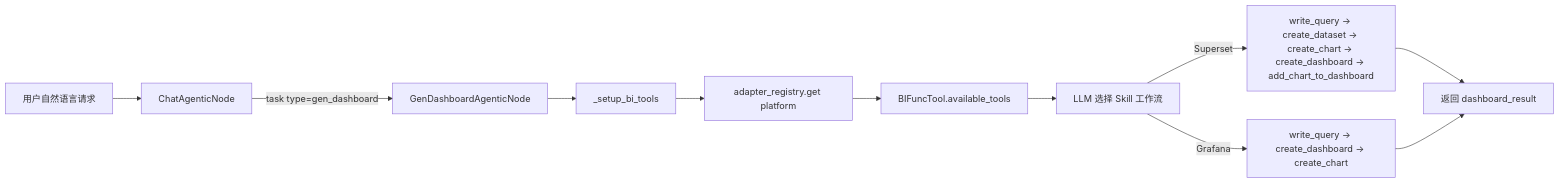
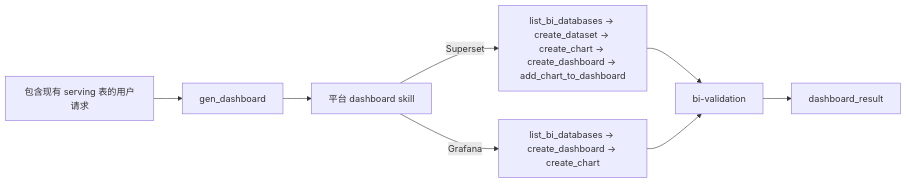
Before and after one commit to Datus-ai/Datus-agent: the diagram in docs/subagent/gen_dashboard.zh.md, drawn with Mermaid. The commit also changed other lines of this file and 68 other files, not shown here.

````diff
--- a/docs/subagent/gen_dashboard.zh.md
+++ b/docs/subagent/gen_dashboard.zh.md
@@ -36,13 +42,10 @@
 ```mermaid
 graph LR
-    A[用户自然语言请求] --> B[ChatAgenticNode]
-    B -->|task type=gen_dashboard| C[GenDashboardAgenticNode]
-    C --> D[_setup_bi_tools]
-    D --> E[adapter_registry.get platform]
-    E --> F[BIFuncTool.available_tools]
-    F --> G[LLM 选择 Skill 工作流]
-    G -->|Superset| H[write_query → create_dataset → create_chart → create_dashboard → add_chart_to_dashboard]
-    G -->|Grafana| I[write_query → create_dashboard → create_chart]
-    H --> J[返回 dashboard_result]
-    I --> J
+    A[包含现有 serving 表的用户请求] --> B[gen_dashboard]
+    B --> H[平台 dashboard skill]
+    H -->|Superset| I[list_bi_databases → create_dataset → create_chart → create_dashboard → add_chart_to_dashboard]
+    H -->|Grafana| J[list_bi_databases → create_dashboard → create_chart]
+    I --> K[bi-validation]
+    J --> K
+    K --> L[dashboard_result]
 ```
````
